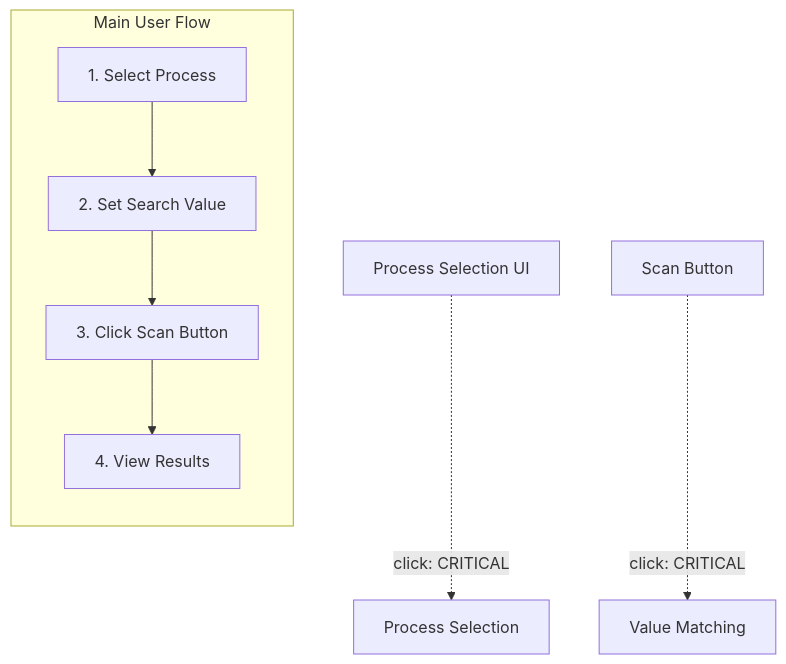
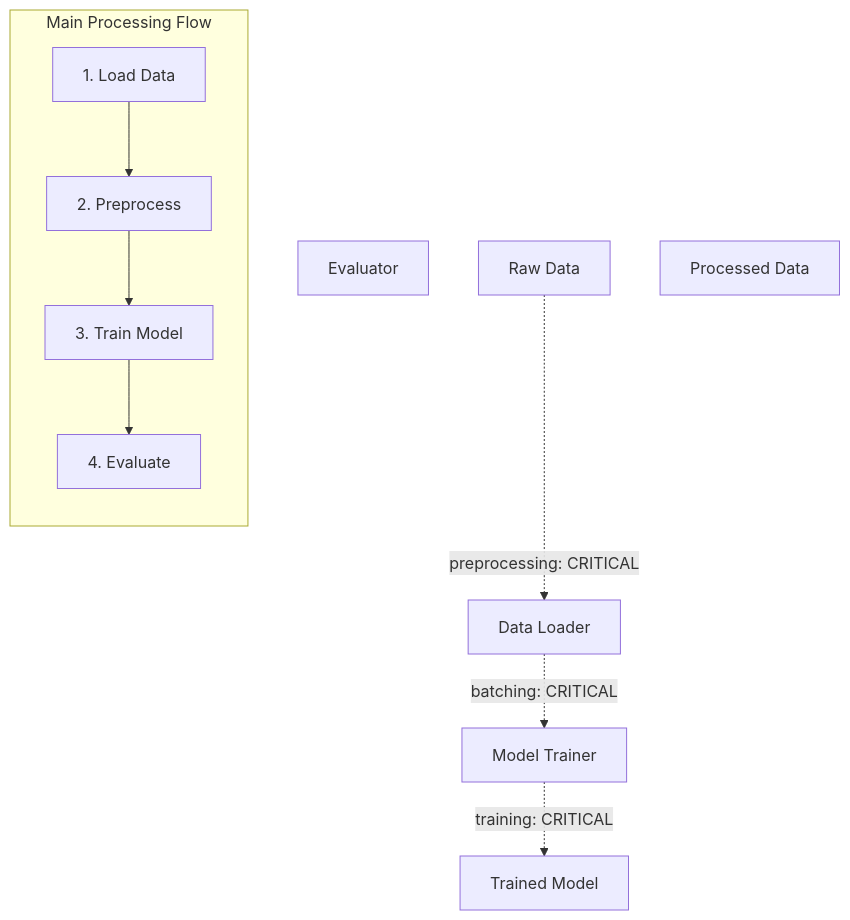
Before and after one commit to LL1yt/EnergyFlowSwift: the second of 2 diagrams in instructions.md, drawn with Mermaid. The commit also changed other lines of this file and 10 other files, not shown here.

````diff
--- a/instructions.md
+++ b/instructions.md
@@ -149,27 +147,30 @@
 ```mermaid
 flowchart TB
     %% Main Module Components
-    ProcessSelection[Process Selection]
-    ValueMatching[Value Matching]
+    DataLoader[Data Loader]
+    ModelTrainer[Model Trainer]
+    Evaluator[Evaluator]
 
-    %% DOM Event Flows
-    UserProcessSelect[Process Selection UI]
-    ScanButtonClick[Scan Button]
+    %% Data Flow
+    RawData[Raw Data]
+    ProcessedData[Processed Data]
+    TrainedModel[Trained Model]
 
-    %% Critical Interactions
-    UserProcessSelect -.->|click: CRITICAL| ProcessSelection
-    ScanButtonClick -.->|click: CRITICAL| ValueMatching
+    %% Critical Processing
+    RawData -.->|preprocessing: CRITICAL| DataLoader
+    DataLoader -.->|batching: CRITICAL| ModelTrainer
+    ModelTrainer -.->|training: CRITICAL| TrainedModel
 
-    %% User Interaction Flow
-    subgraph "Main User Flow"
+    %% Processing Flow
+    subgraph "Main Processing Flow"
         direction TB
-        UF1[1. Select Process] --> UF2[2. Set Search Value]
-        UF2 --> UF3[3. Click Scan Button]
-        UF3 --> UF4[4. View Results]
+        PF1[1. Load Data] --> PF2[2. Preprocess]
+        PF2 --> PF3[3. Train Model]
+        PF3 --> PF4[4. Evaluate]
     end
 
     %% Styling
     classDef critical fill:#f66,stroke:#900,stroke-width:2px;
-    classDef event stroke:#333,stroke-width:1px,stroke-dasharray: 3 3;
-    classDef userflow fill:#e7f7f7,stroke:#333,stroke-width:1px;
+    classDef dataflow stroke:#333,stroke-width:1px,stroke-dasharray: 3 3;
+    classDef processing fill:#e7f7f7,stroke:#333,stroke-width:1px;
 ```
````
